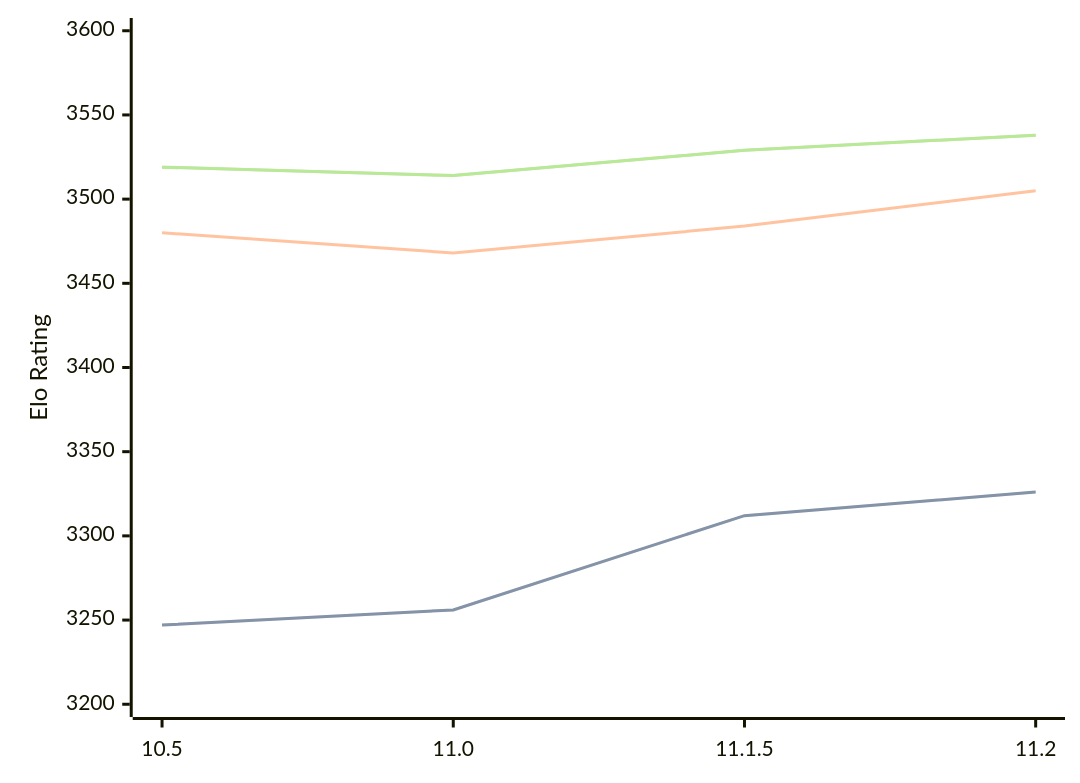
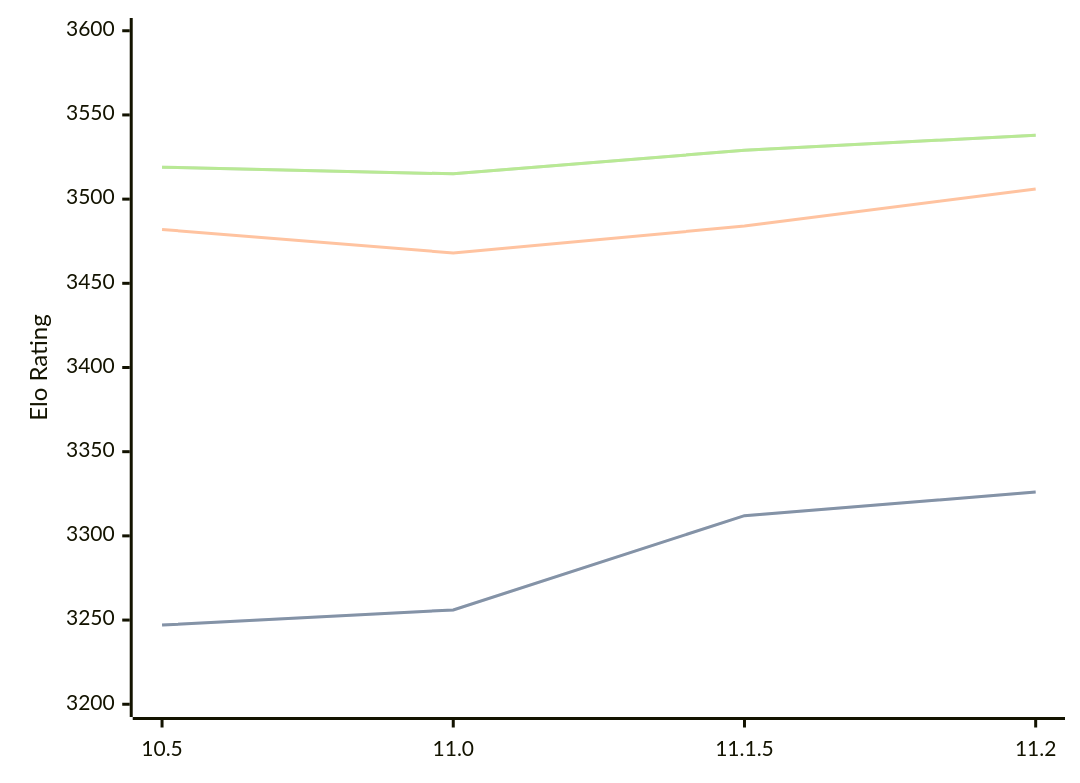
One commit to computer-chess-index/cci changed the diagram in engines/Lizard.md. Above: the diagram before and after it, drawn with Mermaid. The commit also changed other lines of this file, not shown here.

Commit message:
Update CCI Ratings (ELO VLTC) - 2026-04-03

````diff
--- a/engines/Lizard.md
+++ b/engines/Lizard.md
@@ -46,11 +46,11 @@
 ```mermaid
 %%{init: {"theme":"base","themeVariables":{"seriesColors:['#a3a3a3','#222221','#faa371']}}}%%
 xychart-beta
   x-axis ["10.5", "11.0", "11.1.5", "11.2"]
   y-axis "Elo Rating" 3200 --> 3600
   line "STC (8.0+0.08s)" [3247, 3256, 3312, 3326]
   line "STC (8.0+0.08s)" [3247, 3256, 3312, 3326]
-  line "LTC (60.0+0.60s)" [3480, 3468, 3484, 3505]
-  line "VLTC (2m24s+1.12s)" [3519, 3514, 3529, 3538]
-  line "VLTC (2m24s+1.12s)" [3519, 3514, 3529, 3538]
+  line "LTC (60.0+0.60s)" [3482, 3468, 3484, 3506]
+  line "VLTC (2m24s+1.12s)" [3519, 3515, 3529, 3538]
+  line "VLTC (2m24s+1.12s)" [3519, 3515, 3529, 3538]
 ```
````
